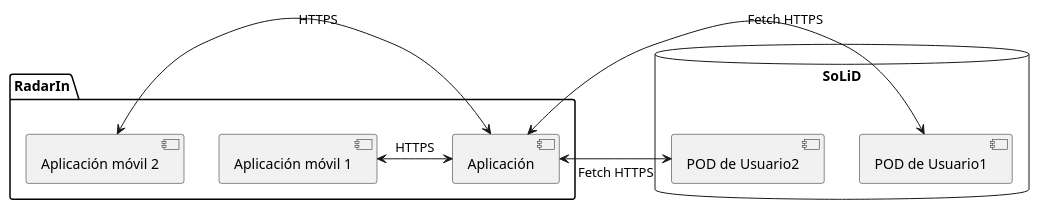
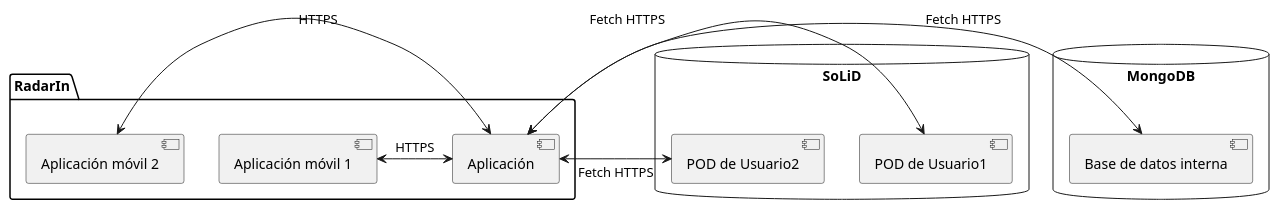
The fourth of 5 diagrams in webapp/docs/03_system_scope_and_context.adoc (UO264862/radarin_es2b), drawn with PlantUML before and after one commit. The commit also changed other lines of this file, not shown here.

```diff
--- a/webapp/docs/03_system_scope_and_context.adoc
+++ b/webapp/docs/03_system_scope_and_context.adoc
@@ -115,19 +114,25 @@
 [plantuml, system_scope_and_context4, svg]
 ----
 package "RadarIn" {
    [Aplicación]
    [Aplicación móvil 1]
    [Aplicación móvil 2]
 }
 
 database "SoLiD" {
    [POD de Usuario1]
    [POD de Usuario2]
 }
 
 [Aplicación] <-> [POD de Usuario1] : Fetch HTTPS
 [Aplicación] <-> [POD de Usuario2] : Fetch HTTPS
 
+database "MongoDB" {
+   [Base de datos interna]
+}
+
+[Aplicación] <-> [Base de datos interna] : Fetch HTTPS
+
 [Aplicación móvil 1] <-> [Aplicación] : HTTPS
 [Aplicación móvil 2] <-> [Aplicación] : HTTPS
 ----
```
